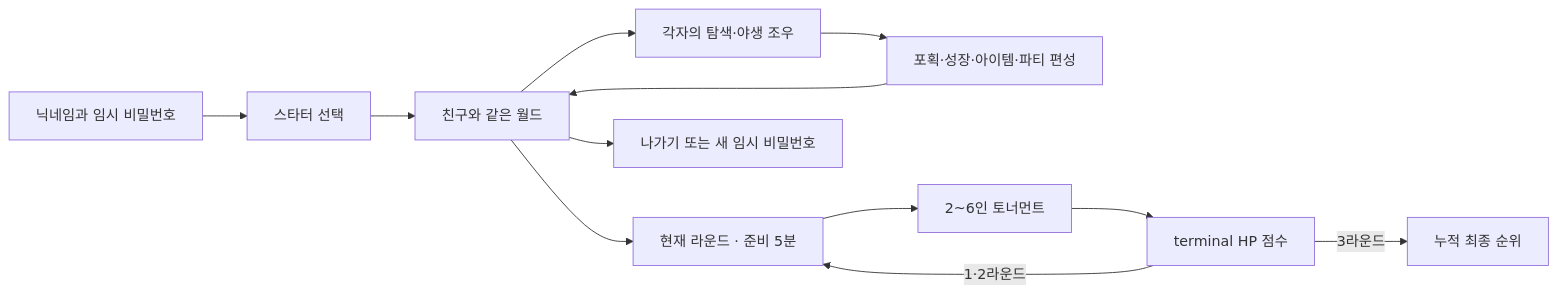
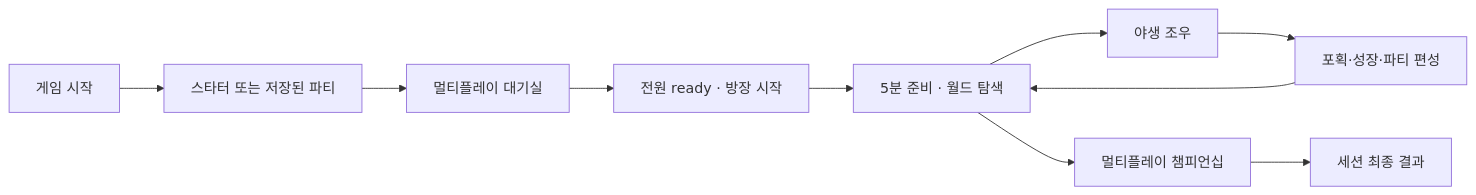
The first of 2 diagrams in docs/poke-lounge-game-concept.md (icecokel/VSCoke), drawn with Mermaid before and after one commit. The commit also changed other lines of this file and 18 other files, not shown here.

````diff
--- a/docs/poke-lounge-game-concept.md
+++ b/docs/poke-lounge-game-concept.md
@@ -66,14 +34,12 @@
 ```mermaid
 flowchart LR
-  Entry["닉네임과 임시 비밀번호"] --> Starter["스타터 선택"]
-  Starter --> World["친구와 같은 월드"]
-  World --> Encounter["각자의 탐색·야생 조우"]
-  Encounter --> Growth["포획·성장·아이템·파티 편성"]
+  Entry["게임 시작"] --> Starter["스타터 또는 저장된 파티"]
+  Starter --> Lobby["멀티플레이 대기실"]
+  Lobby --> Ready["전원 ready · 방장 시작"]
+  Ready --> World["5분 준비 · 월드 탐색"]
+  World --> Encounter["야생 조우"]
+  Encounter --> Growth["포획·성장·파티 편성"]
   Growth --> World
-  World --> Prep["현재 라운드 · 준비 5분"]
-  Prep --> Tournament["2~6인 토너먼트"]
-  Tournament --> Score["terminal HP 점수"]
-  Score -->|"1·2라운드"| Prep
-  Score -->|"3라운드"| Result["누적 최종 순위"]
-  World --> Exit["나가기 또는 새 임시 비밀번호"]
+  World --> Championship["멀티플레이 챔피언십"]
+  Championship --> Result["세션 최종 결과"]
 ```
````
